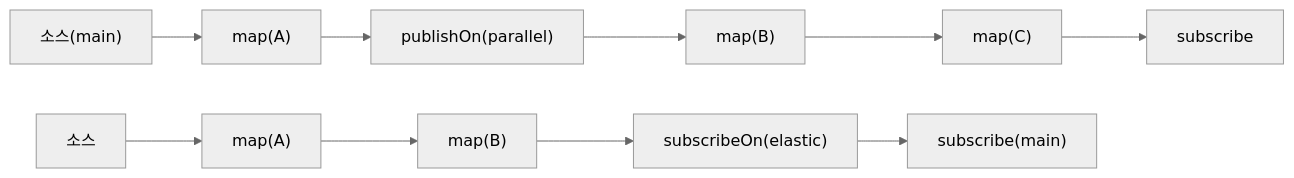
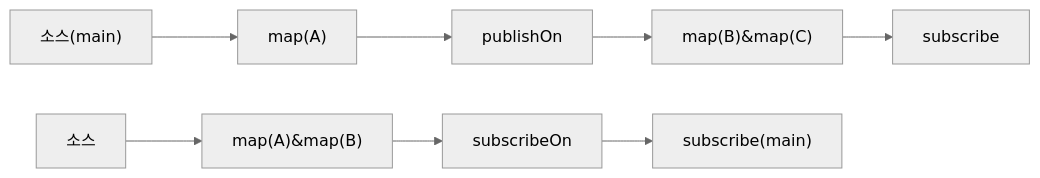
One commit to yjkim2015/yjkim2015.github.io changed the seventh of 9 diagrams in _posts/spring/2026-05-01-spring-webflux.md. Above: the diagram before and after it, drawn with Mermaid (neutral theme). The commit also changed 48 other files, not shown here.

First line of the commit message:
Mermaid 최종 47건 수정: participant/노드/줄수/라벨 전부 기준 이하

````diff
--- a/_posts/spring/2026-05-01-spring-webflux.md
+++ b/_posts/spring/2026-05-01-spring-webflux.md
@@ -440,9 +440,7 @@
 ```mermaid
 graph LR
-    PA["소스(main)"] --> PB["map(A)"]
-    PB --> PC["publishOn(parallel)"]
-    PC --> PD["map(B)"] --> PE["map(C)"] --> PF[subscribe]
-    SA["소스"] --> SB["map(A)"] --> SC["map(B)"]
-    SC --> SD["subscribeOn(elastic)"]
+    PA["소스(main)"] --> PB["map(A)"] --> PC["publishOn"]
+    PC --> PD["map(B)&map(C)"] --> PF[subscribe]
+    SA["소스"] --> SB["map(A)&map(B)"] --> SD["subscribeOn"]
     SD --> SE["subscribe(main)"]
 ```
````
